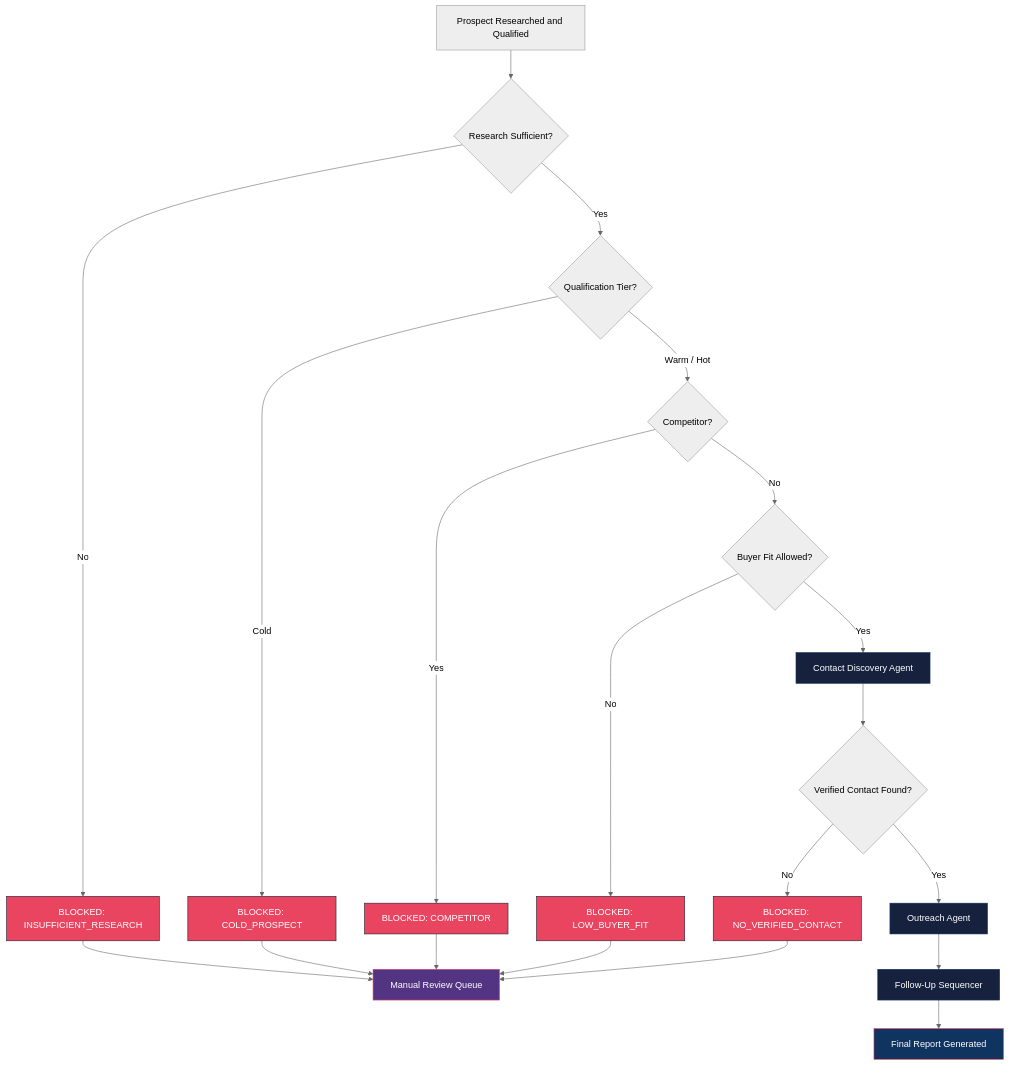
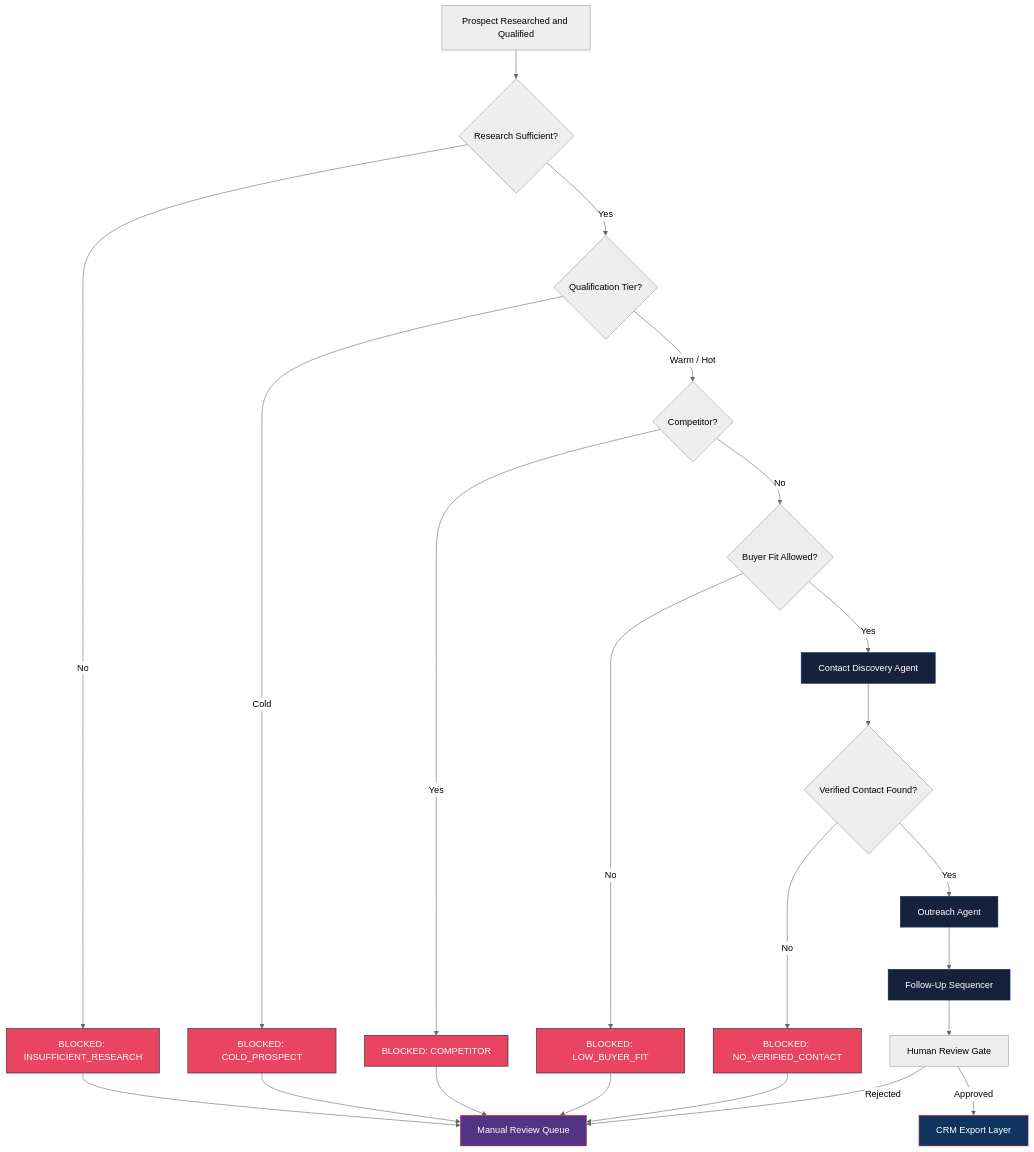
Before and after one commit to patareshivraj/AI-Sales-Copilot: the second of 3 diagrams in README.md, drawn with Mermaid (neutral theme). The commit also changed other lines of this file, not shown here.

Commit message:
docs: Update README.md with Apollo Integration, CRM Exporter, and Human Review Architecture

````diff
--- a/README.md
+++ b/README.md
@@ -70,41 +65,43 @@
 ```mermaid
 flowchart TD
     START["Prospect Researched and Qualified"] --> G1{"Research Sufficient?"}
 
     G1 -->|"No"| B1["BLOCKED: INSUFFICIENT_RESEARCH"]
     G1 -->|"Yes"| G2{"Qualification Tier?"}
 
     G2 -->|"Cold"| B2["BLOCKED: COLD_PROSPECT"]
     G2 -->|"Warm / Hot"| G3{"Competitor?"}
 
     G3 -->|"Yes"| B3["BLOCKED: COMPETITOR"]
     G3 -->|"No"| G4{"Buyer Fit Allowed?"}
 
     G4 -->|"No"| B4["BLOCKED: LOW_BUYER_FIT"]
     G4 -->|"Yes"| CD["Contact Discovery Agent"]
 
     CD --> G5{"Verified Contact Found?"}
 
     G5 -->|"No"| B5["BLOCKED: NO_VERIFIED_CONTACT"]
     G5 -->|"Yes"| OA["Outreach Agent"]
 
     OA --> SEQ["Follow-Up Sequencer"]
-    SEQ --> REPORT["Final Report Generated"]
+    SEQ --> Q["Human Review Gate"]
+    Q -->|"Approved"| CRM["CRM Export Layer"]
 
     B1 --> MR["Manual Review Queue"]
     B2 --> MR
     B3 --> MR
     B4 --> MR
     B5 --> MR
+    Q -->|"Rejected"| MR
 
     style B1 fill:#e94560,stroke:#1a1a2e,color:#fff
     style B2 fill:#e94560,stroke:#1a1a2e,color:#fff
     style B3 fill:#e94560,stroke:#1a1a2e,color:#fff
     style B4 fill:#e94560,stroke:#1a1a2e,color:#fff
     style B5 fill:#e94560,stroke:#1a1a2e,color:#fff
-    style REPORT fill:#0f3460,stroke:#e94560,color:#fff
+    style CRM fill:#0f3460,stroke:#e94560,color:#fff
     style MR fill:#533483,stroke:#e94560,color:#fff
     style OA fill:#16213e,stroke:#0f3460,color:#fff
     style SEQ fill:#16213e,stroke:#0f3460,color:#fff
     style CD fill:#16213e,stroke:#0f3460,color:#fff
 ```
````
